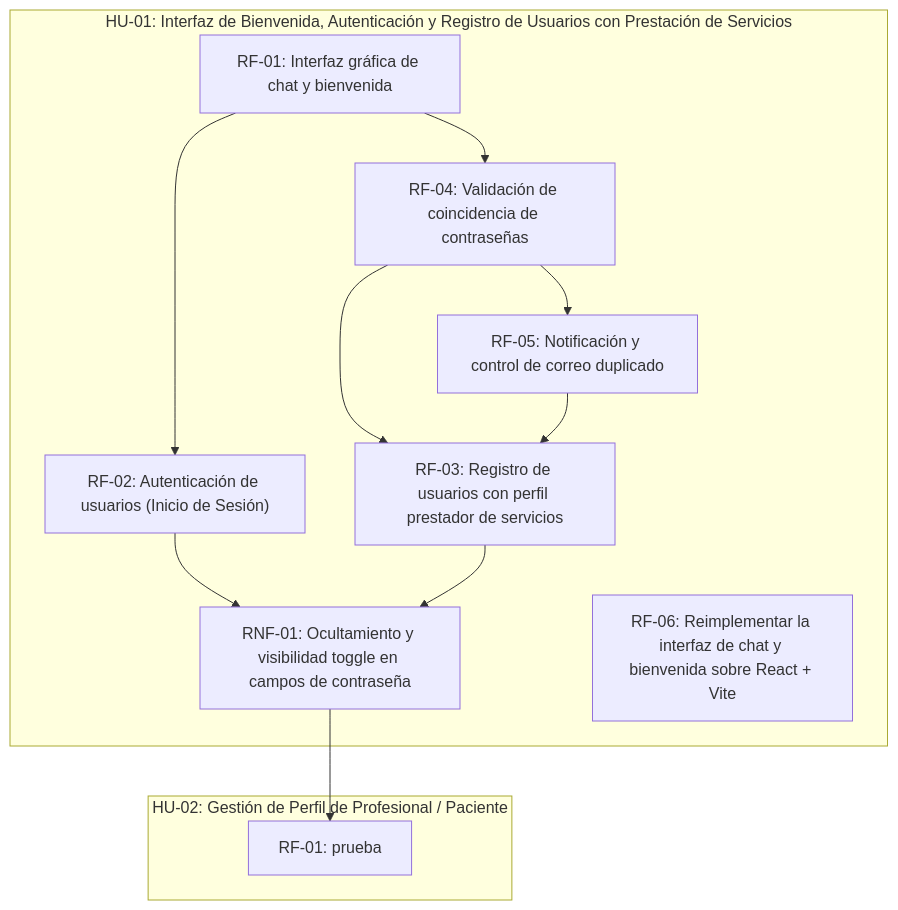
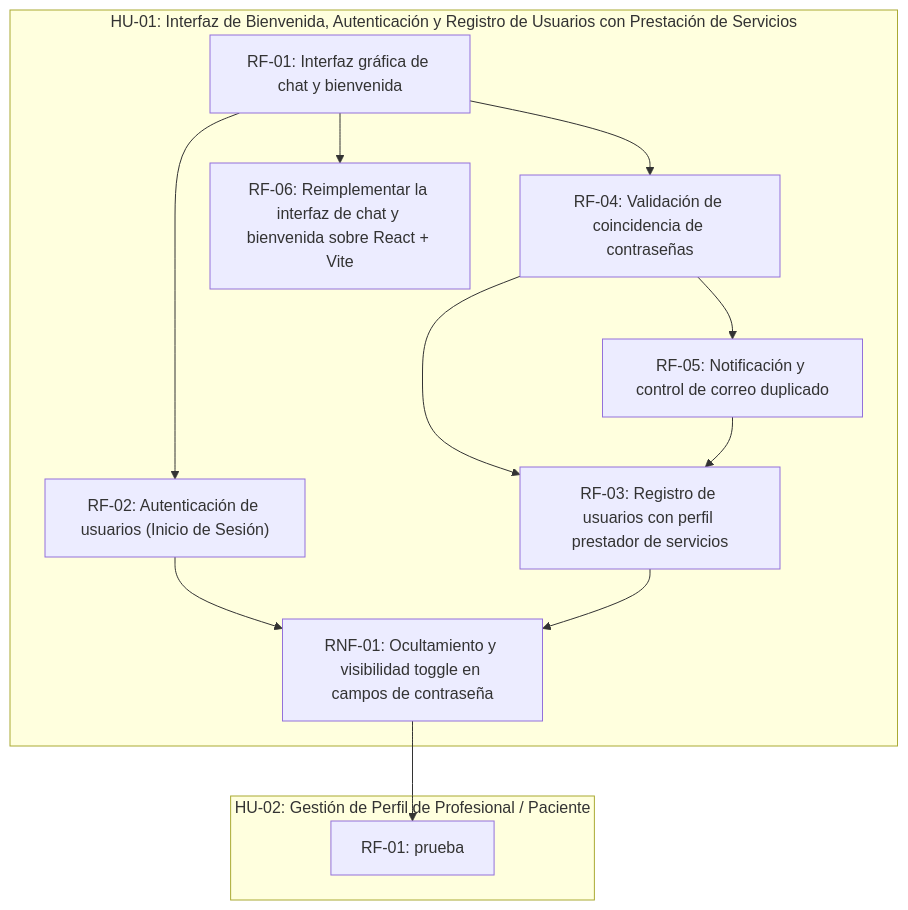
Before and after one commit to fiemcasals/refactoryProfesionales: the diagram in scrumDocs/grafo.md, drawn with Mermaid. The commit also changed other lines of this file, not shown here.

````diff
--- a/scrumDocs/grafo.md
+++ b/scrumDocs/grafo.md
@@ -5,23 +5,24 @@
 ```mermaid
 graph TD
   subgraph US_1785510643692["HU-01: Interfaz de Bienvenida, Autenticación y Registro de Usuarios con Prestación de Servicios"]
     REQ_1785771199977["RF-01: Interfaz gráfica de chat y bienvenida"]
     REQ_1785771214294["RF-02: Autenticación de usuarios (Inicio de Sesión)"]
     REQ_1785771214393["RF-03: Registro de usuarios con perfil prestador de servicios"]
     REQ_1785771214462["RF-04: Validación de coincidencia de contraseñas"]
     REQ_1785771214528["RF-05: Notificación y control de correo duplicado"]
     REQ_1785771214595["RNF-01: Ocultamiento y visibilidad toggle en campos de contraseña"]
     REQ_1790685849827["RF-06: Reimplementar la interfaz de chat y bienvenida sobre React + Vite"]
   end
   subgraph US_1785769796519["HU-02: Gestión de Perfil de Profesional / Paciente"]
     REQ_1786726707284["RF-01: prueba"]
   end
   REQ_1785771199977 --> REQ_1785771214294
   REQ_1785771214462 --> REQ_1785771214393
   REQ_1785771214528 --> REQ_1785771214393
   REQ_1785771199977 --> REQ_1785771214462
   REQ_1785771214462 --> REQ_1785771214528
   REQ_1785771214294 --> REQ_1785771214595
   REQ_1785771214393 --> REQ_1785771214595
+  REQ_1785771199977 --> REQ_1790685849827
   REQ_1785771214595 --> REQ_1786726707284
 ```
````
